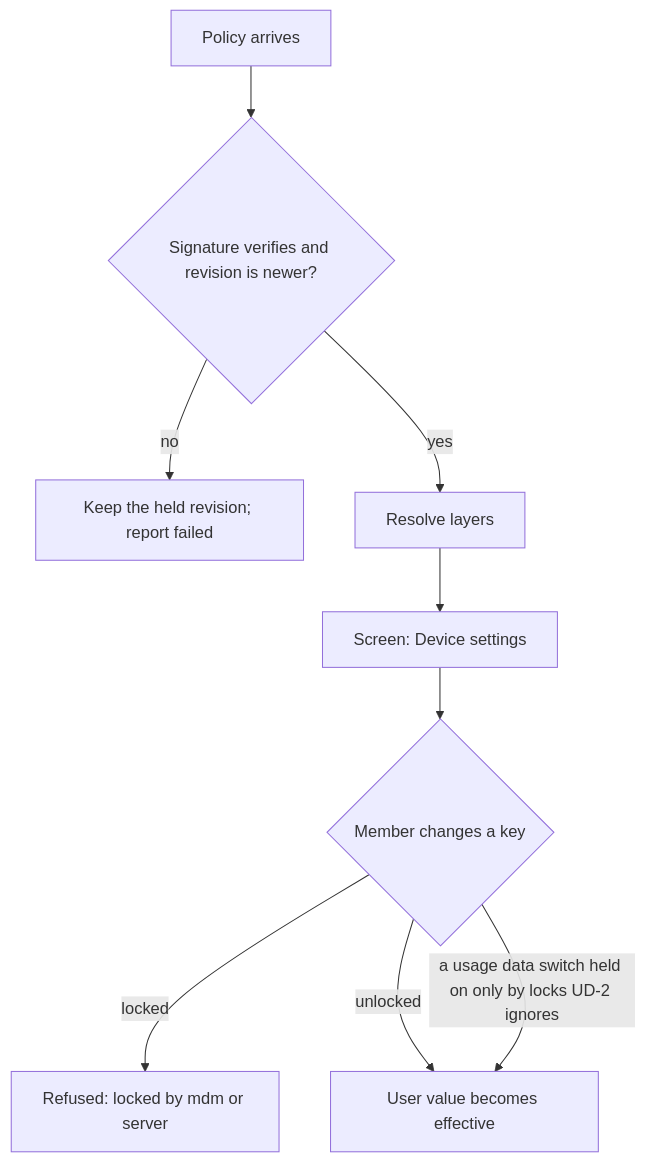
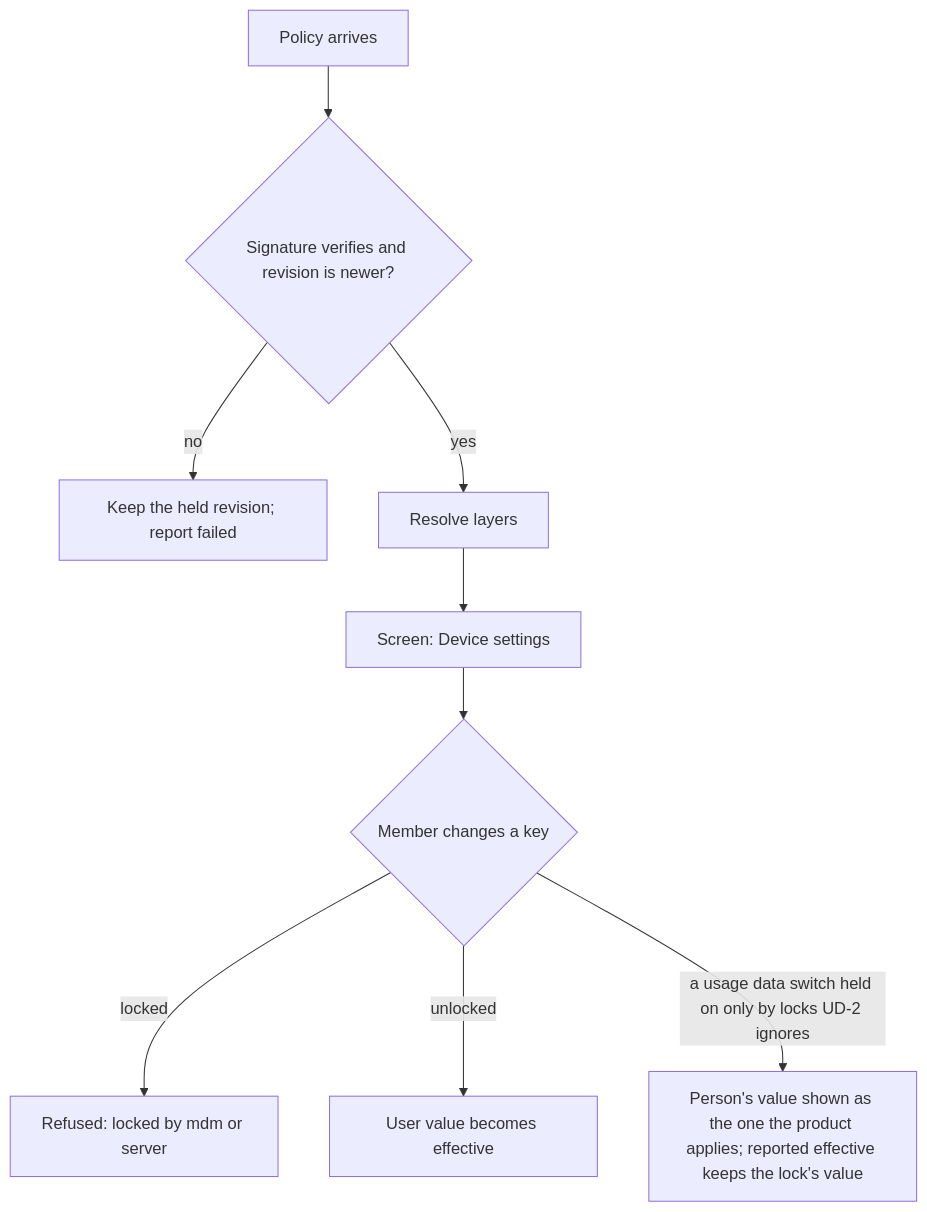
The seventh of 34 diagrams in docs/ux/flows.md (passioncode-ai/fabric-agent-contract), drawn with Mermaid before and after one commit. The commit also changed other lines of this file and 11 other files, not shown here.

First line of the commit message:
DEC-0157 round 21 folded: the device MUST carries UD-2's exception, one subject and one effective value

````diff
--- a/docs/ux/flows.md
+++ b/docs/ux/flows.md
@@ -185,11 +185,11 @@
 ```mermaid
 flowchart TD
   P[Policy arrives] --> V{Signature verifies and revision is newer?}
   V -->|no| K[Keep the held revision; report failed]
   V -->|yes| R[Resolve layers]
   R --> S[Screen: Device settings]
   S --> C{Member changes a key}
   C -->|locked| X[Refused: locked by mdm or server]
   C -->|unlocked| U[User value becomes effective]
-  C -->|a usage data switch held on only by locks UD-2 ignores| U
+  C -->|a usage data switch held on only by locks UD-2 ignores| A[Person's value shown as the one the product applies; reported effective keeps the lock's value]
 ```
````
